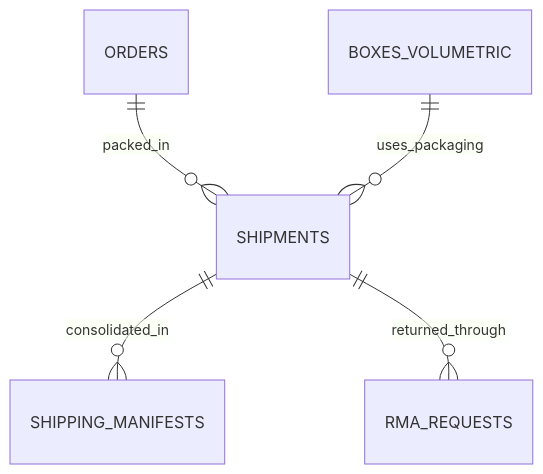
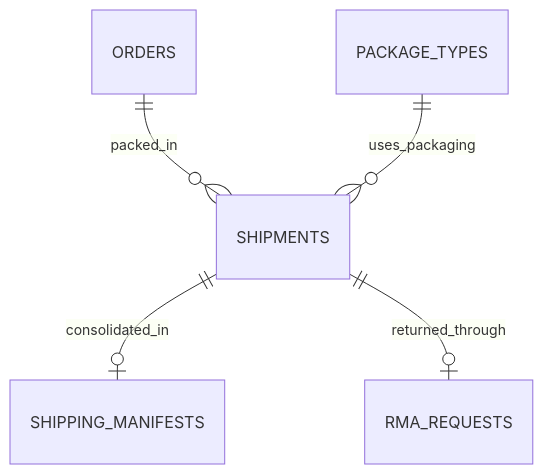
Before and after one commit to arteagaescorza-dev/mi-tienda-online: the diagram in docs/modules/hub-6-logistica-fulfillment.md, drawn with Mermaid. The commit also changed other lines of this file and 49 other files, not shown here.

````diff
--- a/docs/modules/hub-6-logistica-fulfillment.md
+++ b/docs/modules/hub-6-logistica-fulfillment.md
@@ -24,7 +22,7 @@
 ```mermaid
 erDiagram
     ORDERS ||--o{ SHIPMENTS : packed_in
-    SHIPMENTS ||--o{ SHIPPING_MANIFESTS : consolidated_in
-    SHIPMENTS ||--o{ RMA_REQUESTS : returned_through
-    BOXES_VOLUMETRIC ||--o{ SHIPMENTS : uses_packaging
+    SHIPMENTS ||--o| SHIPPING_MANIFESTS : consolidated_in
+    SHIPMENTS ||--o| RMA_REQUESTS : returned_through
+    PACKAGE_TYPES ||--o{ SHIPMENTS : uses_packaging
 ```
````
